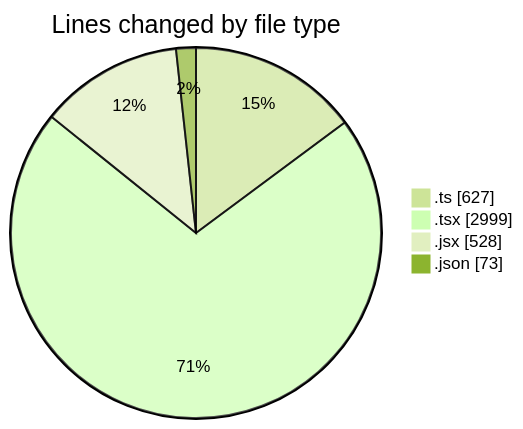
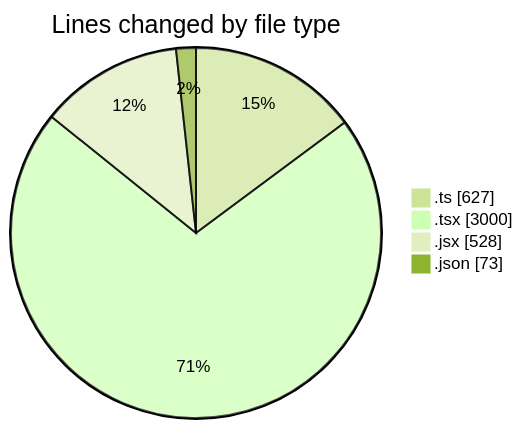
Before and after one commit to robertbonfada/code-tracking: the first of 2 diagrams in 2025-01-25/termonied-web/README.md, drawn with Mermaid (forest theme). The commit also changed other lines of this file and 1 other file, not shown here.

````diff
--- a/2025-01-25/termonied-web/README.md
+++ b/2025-01-25/termonied-web/README.md
@@ -42,8 +42,8 @@
 ```mermaid
 pie showData
 title Lines changed by file type
 ".ts" : 627
-".tsx" : 2999
+".tsx" : 3000
 ".jsx" : 528
 ".json" : 73
 ```
````
